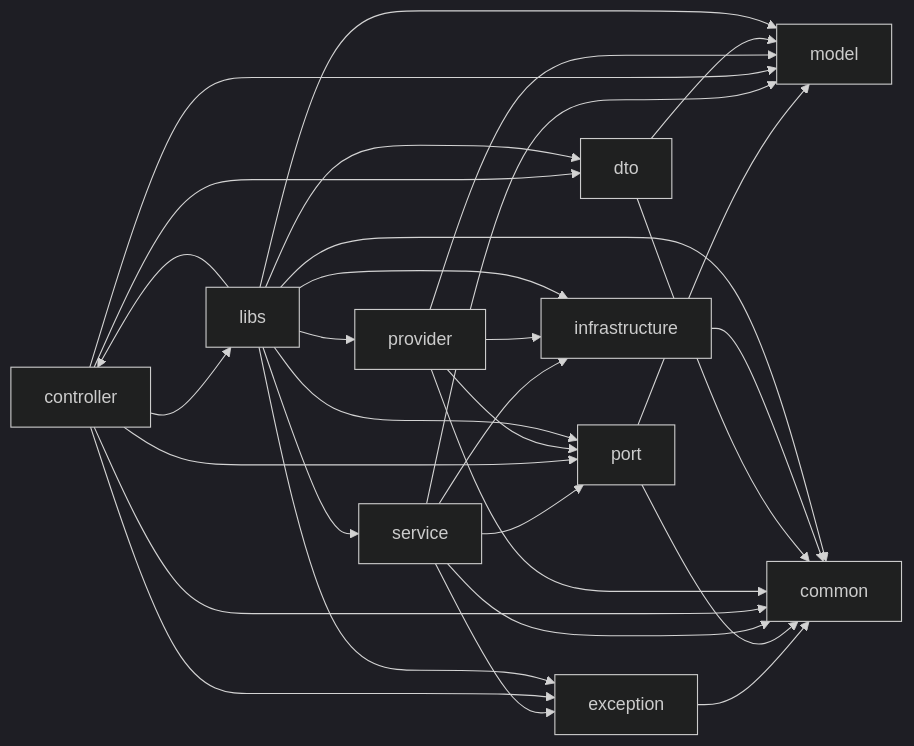
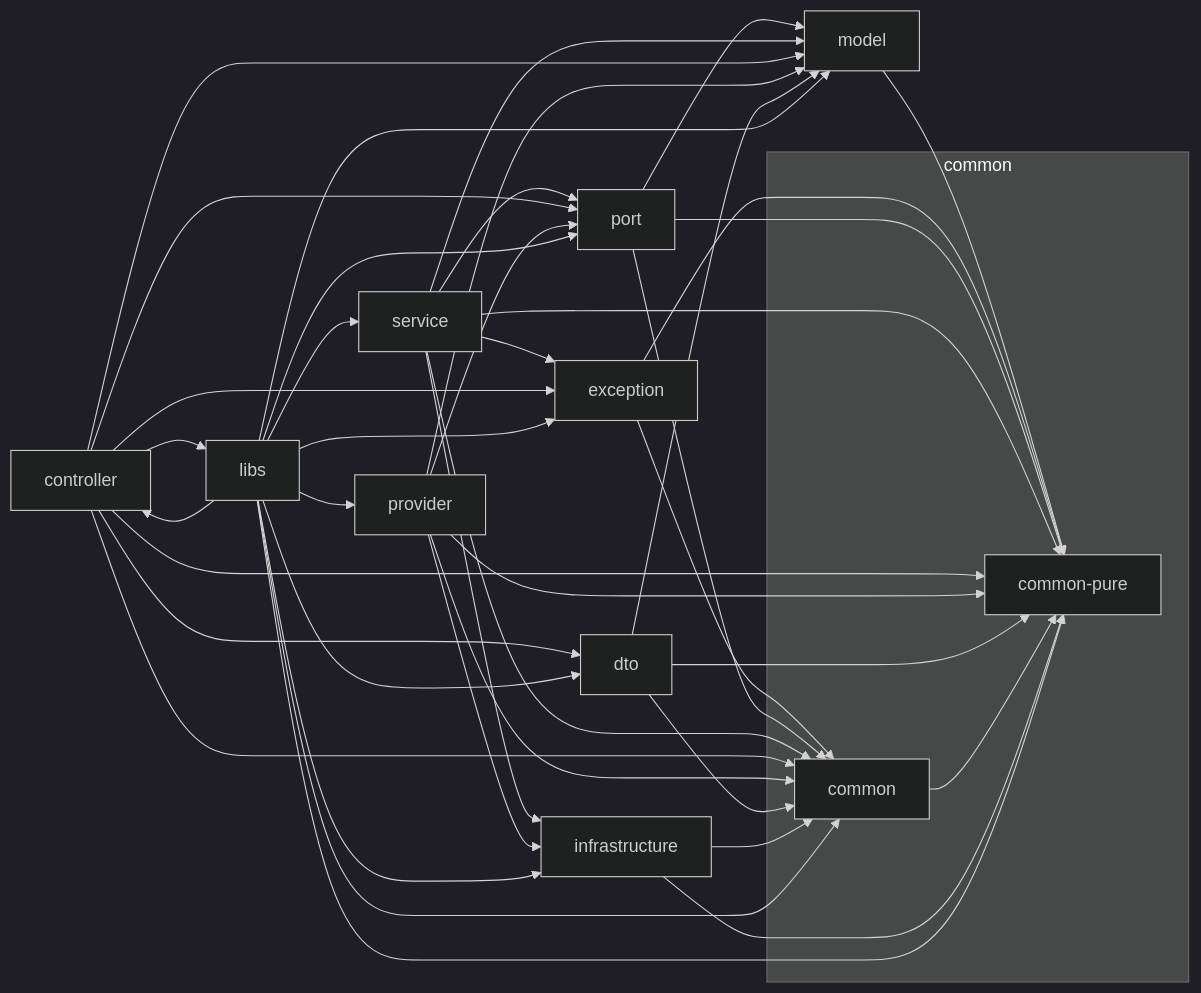
Before and after one commit to JosephNK/jkit-code-plugin: the diagram in rules/nestjs/base/lint-rules-diagram.md, drawn with Mermaid (dark theme). The commit also changed 3 other files, not shown here.

First line of the commit message:
feat(rules/nestjs): common-pure element 신설로 model의 common 누설 차단

````diff
--- a/rules/nestjs/base/lint-rules-diagram.md
+++ b/rules/nestjs/base/lint-rules-diagram.md
@@ -10,43 +10,56 @@
 ```mermaid
 graph LR
+  subgraph g_common [common]
+    common_pure["common-pure"]
+    common["common"]
+  end
   model["model"]
   exception["exception"]
-  common["common"]
   port["port"]
   service["service"]
   infrastructure["infrastructure"]
   controller["controller"]
   dto["dto"]
   libs["libs"]
   provider["provider"]
+  model --> common_pure
   exception --> common
+  exception --> common_pure
   port --> model
   port --> common
+  port --> common_pure
   service --> model
   service --> port
   service --> exception
   service --> common
+  service --> common_pure
   service --> infrastructure
   controller --> port
   controller --> dto
   controller --> model
   controller --> exception
   controller --> common
+  controller --> common_pure
   controller --> libs
   provider --> port
   provider --> model
   provider --> common
+  provider --> common_pure
   provider --> infrastructure
   dto --> model
   dto --> common
+  dto --> common_pure
+  common --> common_pure
   infrastructure --> common
+  infrastructure --> common_pure
   libs --> model
   libs --> port
   libs --> service
   libs --> controller
   libs --> provider
   libs --> exception
   libs --> dto
   libs --> common
+  libs --> common_pure
   libs --> infrastructure
 ```
````
